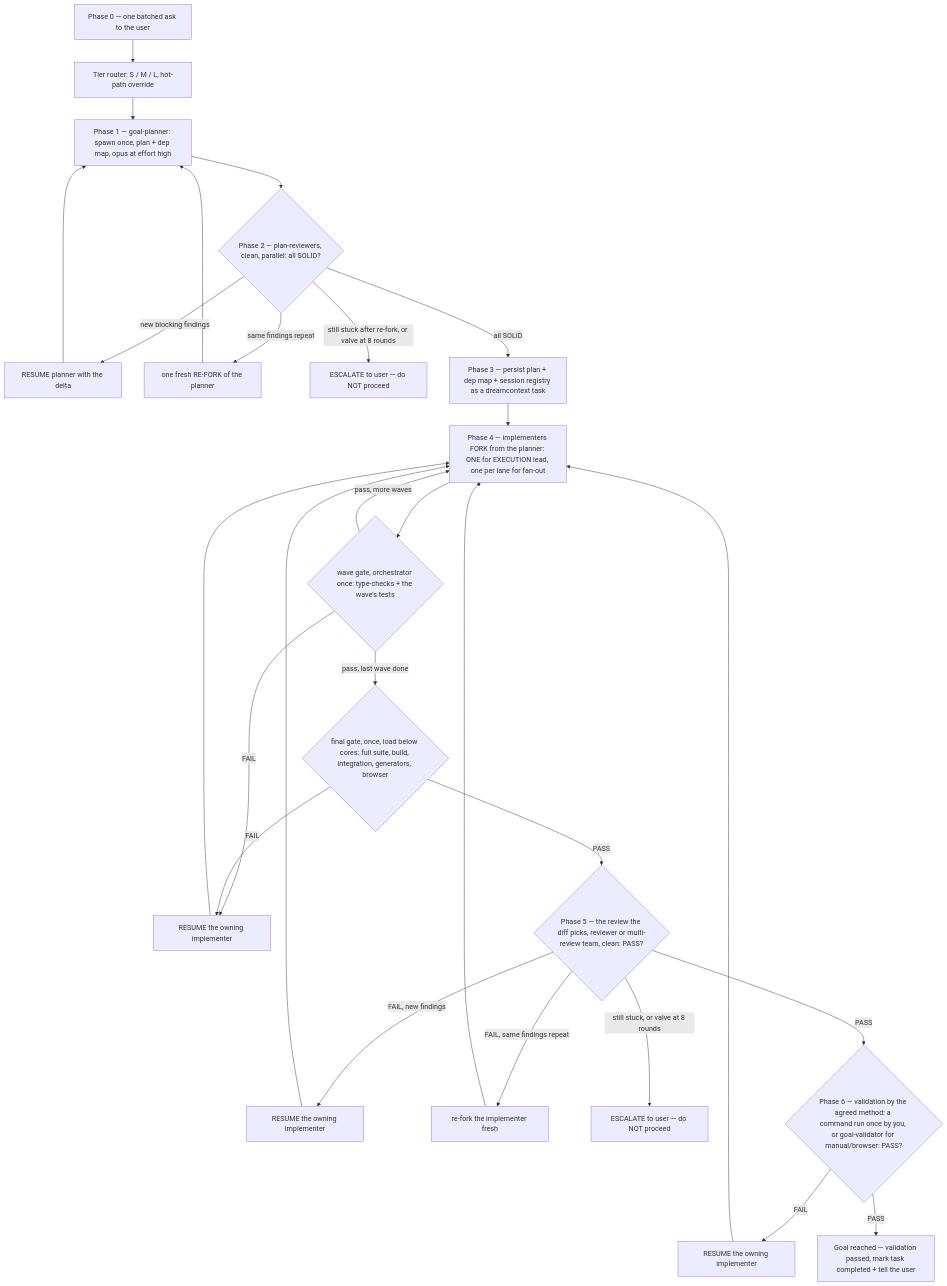
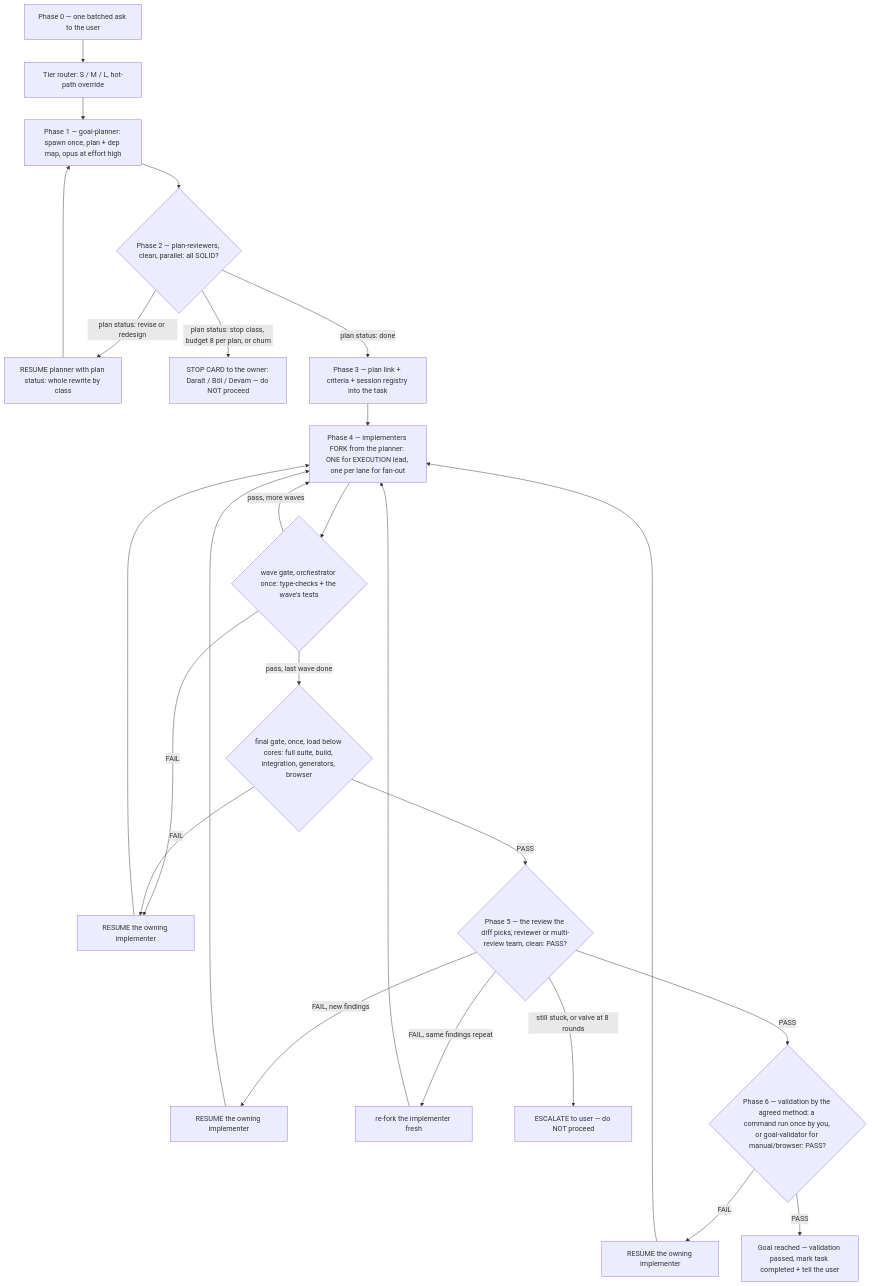
Before and after one commit to meanllbrl/dreamcontext: the diagram in skill-packs/goal-skill/SKILL.md, drawn with Mermaid. The commit also changed other lines of this file and 13 other files, not shown here.

First line of the commit message:
feat(plan-mode): the Plan brief, reviewer, planner and goal-skill run the class-converging loop

````diff
--- a/skill-packs/goal-skill/SKILL.md
+++ b/skill-packs/goal-skill/SKILL.md
@@ -243,29 +244,27 @@
 ```mermaid
 flowchart TD
     P0[Phase 0 — one batched ask to the user] --> PT[Tier router: S / M / L, hot-path override]
     PT --> P1[Phase 1 — goal-planner: spawn once, plan + dep map, opus at effort high]
     P1 --> P2{Phase 2 — plan-reviewers, clean, parallel: all SOLID?}
-    P2 -->|new blocking findings| R1[RESUME planner with the delta]
+    P2 -->|plan status: revise or redesign| R1[RESUME planner with plan status: whole rewrite by class]
     R1 --> P1
-    P2 -->|same findings repeat| RF1[one fresh RE-FORK of the planner]
-    RF1 --> P1
-    P2 -->|still stuck after re-fork, or valve at 8 rounds| ESC1[ESCALATE to user — do NOT proceed]
-    P2 -->|all SOLID| P3[Phase 3 — persist plan + dep map + session registry as a dreamcontext task]
+    P2 -->|plan status: stop class, budget 8 per plan, or churn| ESC1[STOP CARD to the owner: Daralt / Böl / Devam — do NOT proceed]
+    P2 -->|plan status: done| P3[Phase 3 — plan link + criteria + session registry into the task]
     P3 --> P4[Phase 4 — implementers FORK from the planner: ONE for EXECUTION lead, one per lane for fan-out]
     P4 --> GATE{wave gate, orchestrator once: type-checks + the wave's tests}
     GATE -->|FAIL| R2[RESUME the owning implementer]
     R2 --> P4
     GATE -->|pass, more waves| P4
     GATE -->|pass, last wave done| FG{final gate, once, load below cores: full suite, build, integration, generators, browser}
     FG -->|FAIL| R2
     FG -->|PASS| P5{Phase 5 — the review the diff picks, reviewer or multi-review team, clean: PASS?}
     P5 -->|FAIL, new findings| R3[RESUME the owning implementer]
     R3 --> P4
     P5 -->|FAIL, same findings repeat| RF2[re-fork the implementer fresh]
     RF2 --> P4
     P5 -->|still stuck, or valve at 8 rounds| ESC2[ESCALATE to user — do NOT proceed]
     P5 -->|PASS| P6{Phase 6 — validation by the agreed method: a command run once by you, or goal-validator for manual/browser: PASS?}
     P6 -->|FAIL| R4[RESUME the owning implementer]
     R4 --> P4
     P6 -->|PASS| DONE[Goal reached — validation passed, mark task completed + tell the user]
 ```
````
